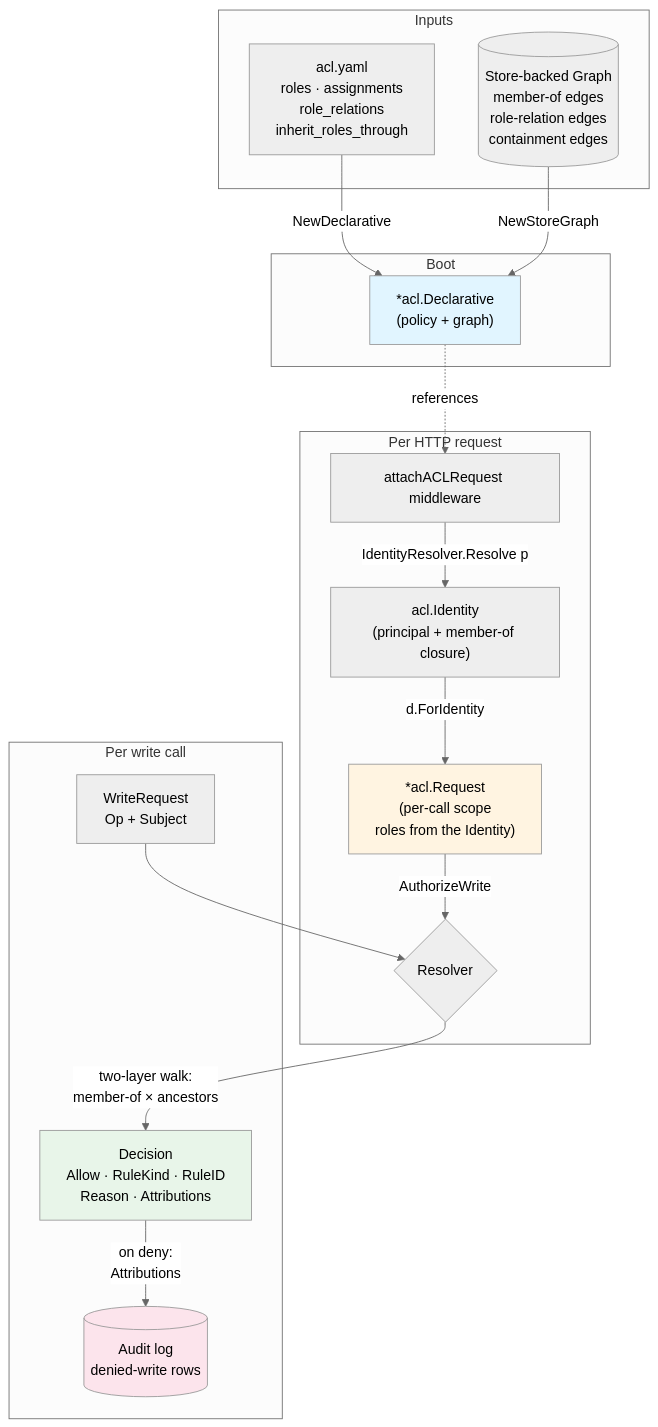
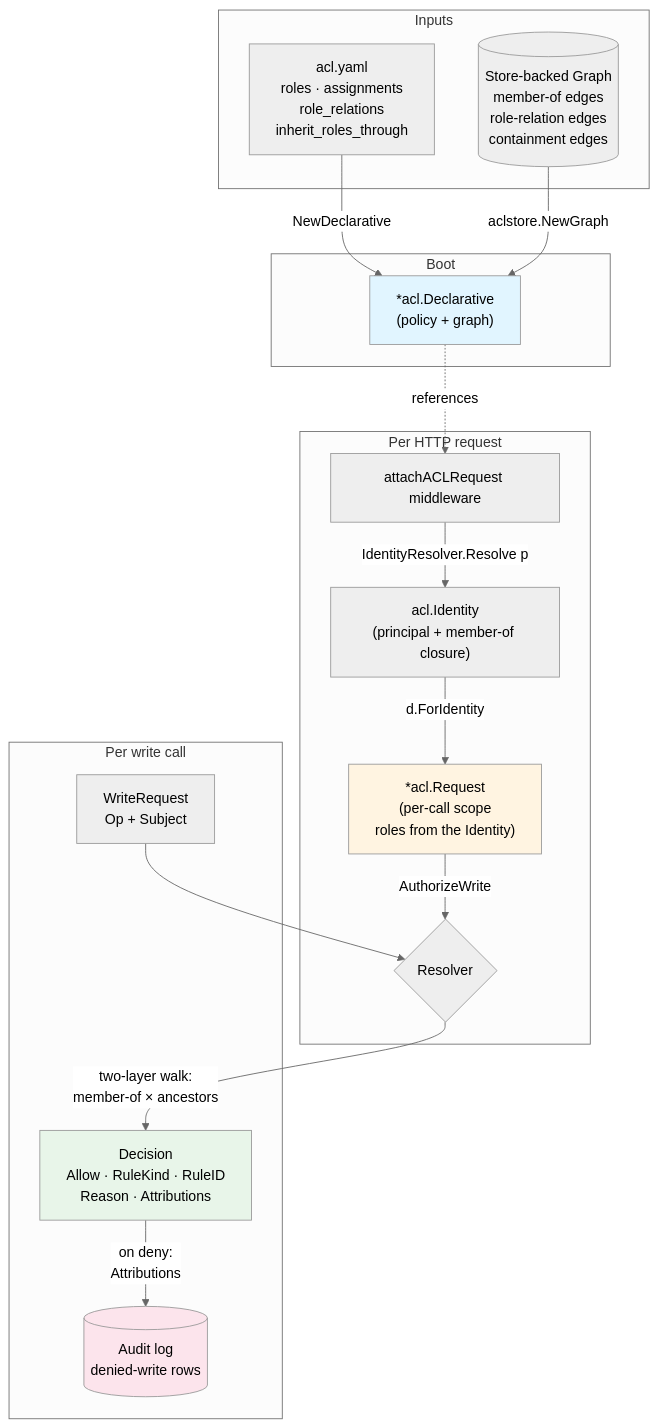
The first of 3 diagrams in docs-project/entities/guides/GUIDE-acl-overview.md (sourcehaven-bv/rela), drawn with Mermaid (neutral theme) before and after one commit. The commit also changed 15 other files, not shown here.

````diff
--- a/docs-project/entities/guides/GUIDE-acl-overview.md
+++ b/docs-project/entities/guides/GUIDE-acl-overview.md
@@ -23,41 +23,41 @@
 ```mermaid
 graph TD
     subgraph Inputs
         Policy[acl.yaml<br/>roles · assignments<br/>role_relations<br/>inherit_roles_through]
         Graph[(Store-backed Graph<br/>member-of edges<br/>role-relation edges<br/>containment edges)]
     end
 
     subgraph Boot
         Declarative["*acl.Declarative<br/>(policy + graph)"]
     end
 
     Policy -->|NewDeclarative| Declarative
-    Graph -->|NewStoreGraph| Declarative
+    Graph -->|aclstore.NewGraph| Declarative
 
     subgraph PerRequest [Per HTTP request]
         Middleware[attachACLRequest middleware]
         Identity["acl.Identity<br/>(principal + member-of closure)"]
         Request["*acl.Request<br/>(per-call scope<br/>roles from the Identity)"]
         Resolver{Resolver}
     end
 
     Middleware -->|IdentityResolver.Resolve p| Identity
     Identity -->|d.ForIdentity| Request
     Declarative -.references.-> Middleware
 
     subgraph WriteCall [Per write call]
         WReq[WriteRequest<br/>Op + Subject]
         Decision[Decision<br/>Allow · RuleKind · RuleID<br/>Reason · Attributions]
         Audit[(Audit log<br/>denied-write rows)]
     end
 
     Request -->|AuthorizeWrite| Resolver
     WReq --> Resolver
     Resolver -->|two-layer walk:<br/>member-of × ancestors| Decision
     Decision -->|on deny:<br/>Attributions| Audit
 
     style Declarative fill:#e1f5ff
     style Request fill:#fff4e1
     style Decision fill:#e8f5e9
     style Audit fill:#fce4ec
 ```
````
